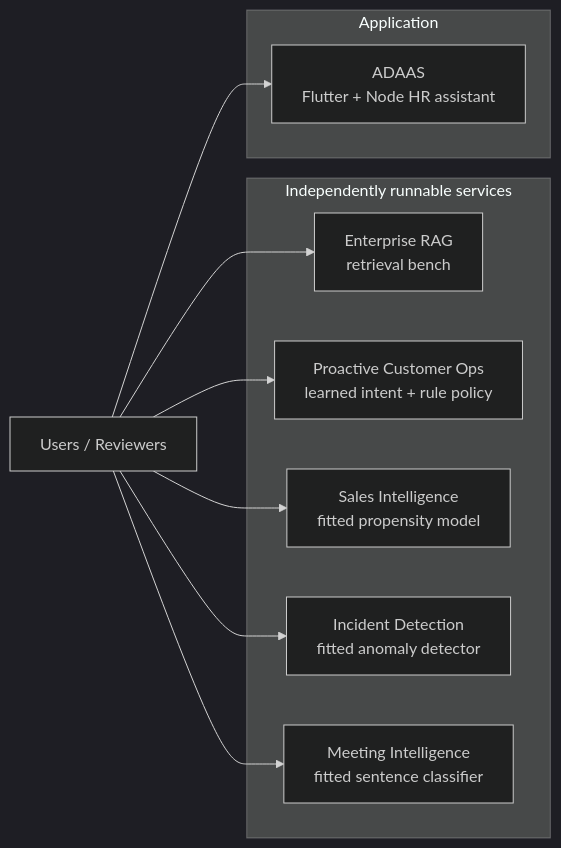
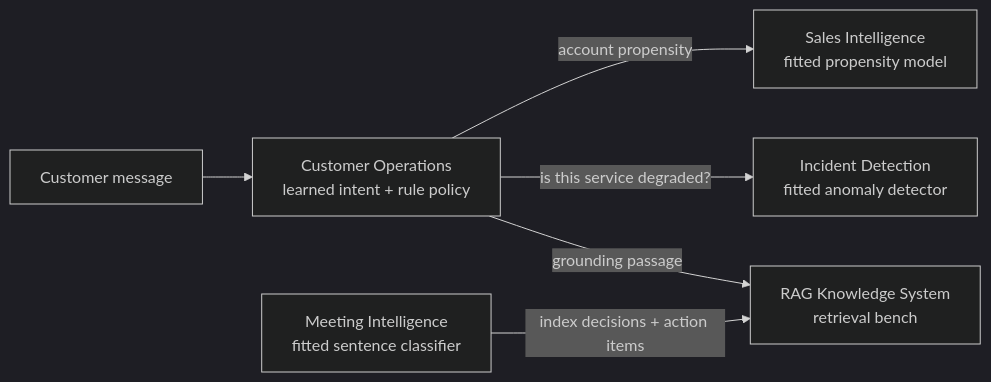
The diagram in README.md (Adityansh-Chand/ai-engineering-portfolio), drawn with Mermaid (dark theme) before and after one commit. The commit also changed other lines of this file and 4 other files, not shown here.

Commit message:
feat(portfolio): compose the five services into one system

````diff
--- a/README.md
+++ b/README.md
@@ -33,23 +37,15 @@
 ```mermaid
 flowchart LR
-  User[Users / Reviewers]
+  User[Customer message]
+  Meeting[Meeting Intelligence<br/>fitted sentence classifier]
+  Ops[Customer Operations<br/>learned intent + rule policy]
+  Sales[Sales Intelligence<br/>fitted propensity model]
+  Incident[Incident Detection<br/>fitted anomaly detector]
+  RAG[RAG Knowledge System<br/>retrieval bench]
 
-  subgraph Services[Independently runnable services]
-    RAG[Enterprise RAG<br/>retrieval bench]
-    OPS[Proactive Customer Ops<br/>learned intent + rule policy]
-    SALES[Sales Intelligence<br/>fitted propensity model]
-    INCIDENT[Incident Detection<br/>fitted anomaly detector]
-    MEETING[Meeting Intelligence<br/>fitted sentence classifier]
-  end
-
-  subgraph App[Application]
-    ADAAS[ADAAS<br/>Flutter + Node HR assistant]
-  end
-
-  User --> RAG
-  User --> OPS
-  User --> SALES
-  User --> INCIDENT
-  User --> MEETING
-  User --> ADAAS
+  User --> Ops
+  Ops -->|account propensity| Sales
+  Ops -->|is this service degraded?| Incident
+  Ops -->|grounding passage| RAG
+  Meeting -->|index decisions + action items| RAG
 ```
````
